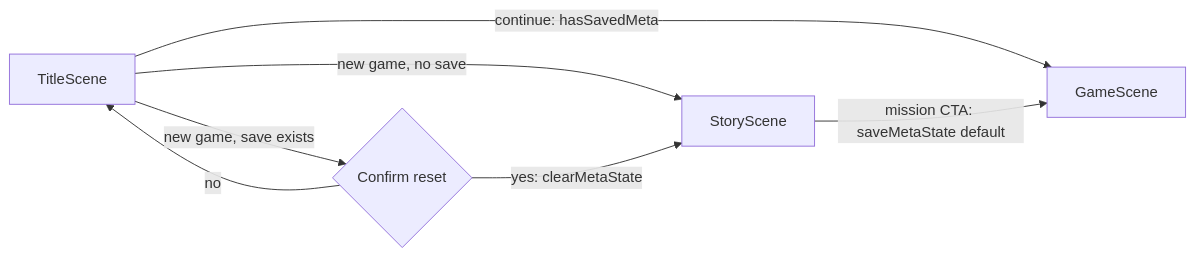
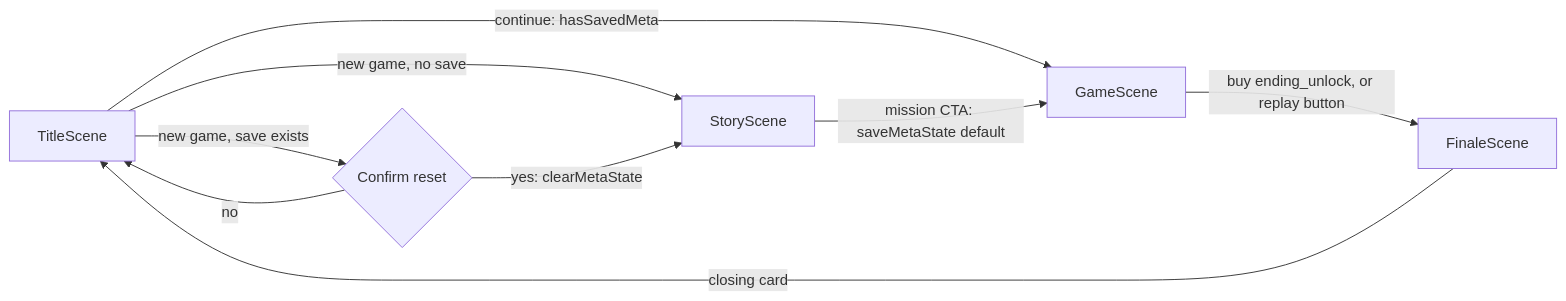
One commit to ThomasMeyers/RoJeu changed the first of 2 diagrams in docs/architecture.md. Above: the diagram before and after it, drawn with Mermaid. The commit also changed other lines of this file and 27 other files, not shown here.

````diff
--- a/docs/architecture.md
+++ b/docs/architecture.md
@@ -61,9 +78,11 @@
 ```mermaid
 flowchart LR
   title[TitleScene] -->|new game, no save| story[StoryScene]
   title -->|new game, save exists| confirm{Confirm reset}
   confirm -->|yes: clearMetaState| story
   confirm -->|no| title
   title -->|continue: hasSavedMeta| game[GameScene]
   story -->|mission CTA: saveMetaState default| game
+  game -->|buy ending_unlock, or replay button| finale[FinaleScene]
+  finale -->|closing card| title
 ```
````
